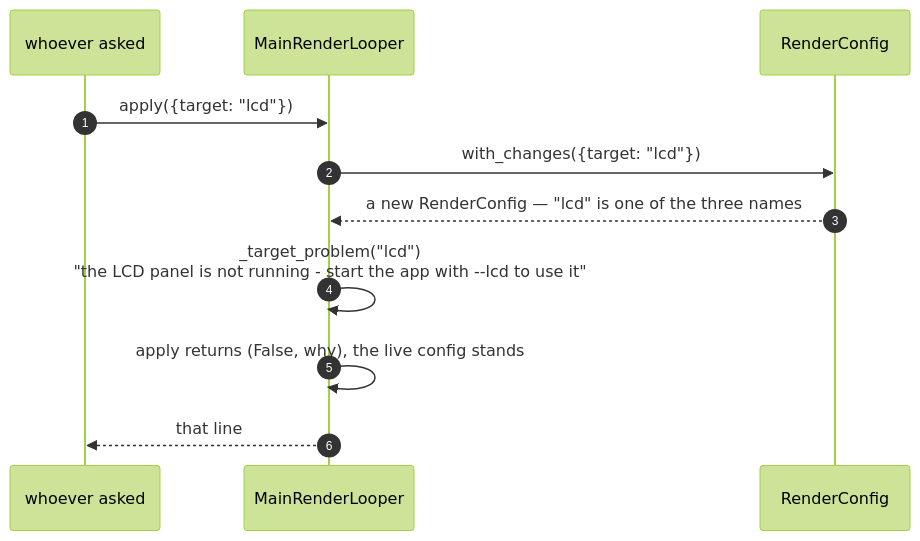
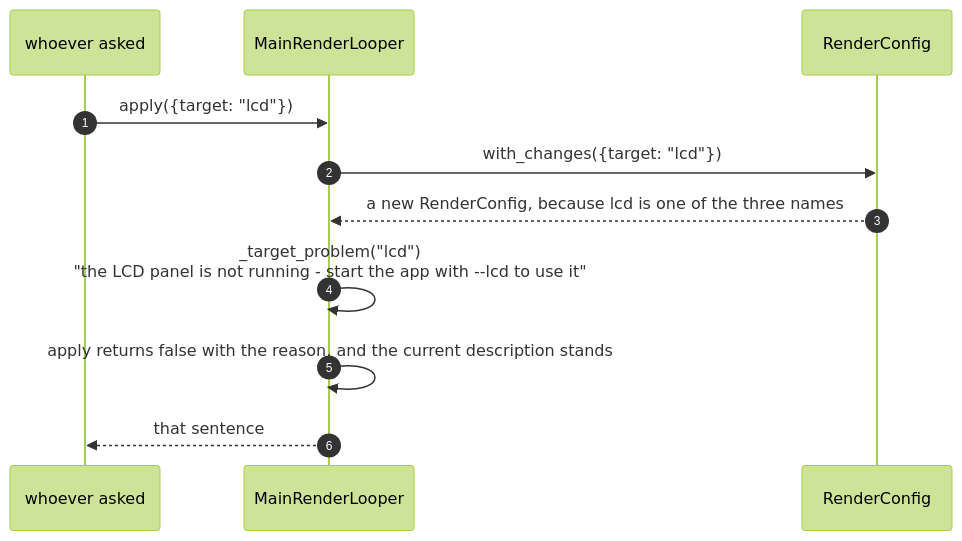
The second of 2 diagrams in docs/scenarios/a-render-configuration-change-is-refused.md (replicant1/AsciiArt-Pi), drawn with Mermaid (forest theme) before and after one commit. The commit also changed other lines of this file and 6 other files, not shown here.

````diff
--- a/docs/scenarios/a-render-configuration-change-is-refused.md
+++ b/docs/scenarios/a-render-configuration-change-is-refused.md
@@ -69,14 +86,14 @@
 ```mermaid
 sequenceDiagram
     autonumber
     participant Asker as whoever asked
     participant App as MainRenderLooper
     participant Cfg as RenderConfig
 
     Asker->>App: apply({target: "lcd"})
     App->>Cfg: with_changes({target: "lcd"})
-    Cfg-->>App: a new RenderConfig — "lcd" is one of the three names
+    Cfg-->>App: a new RenderConfig, because lcd is one of the three names
     App->>App: _target_problem("lcd")<br/>"the LCD panel is not running - start the app with --lcd to use it"
-    App->>App: apply returns (False, why), the live config stands
-    App-->>Asker: that line
+    App->>App: apply returns false with the reason, and the current description stands
+    App-->>Asker: that sentence
 ```
````
